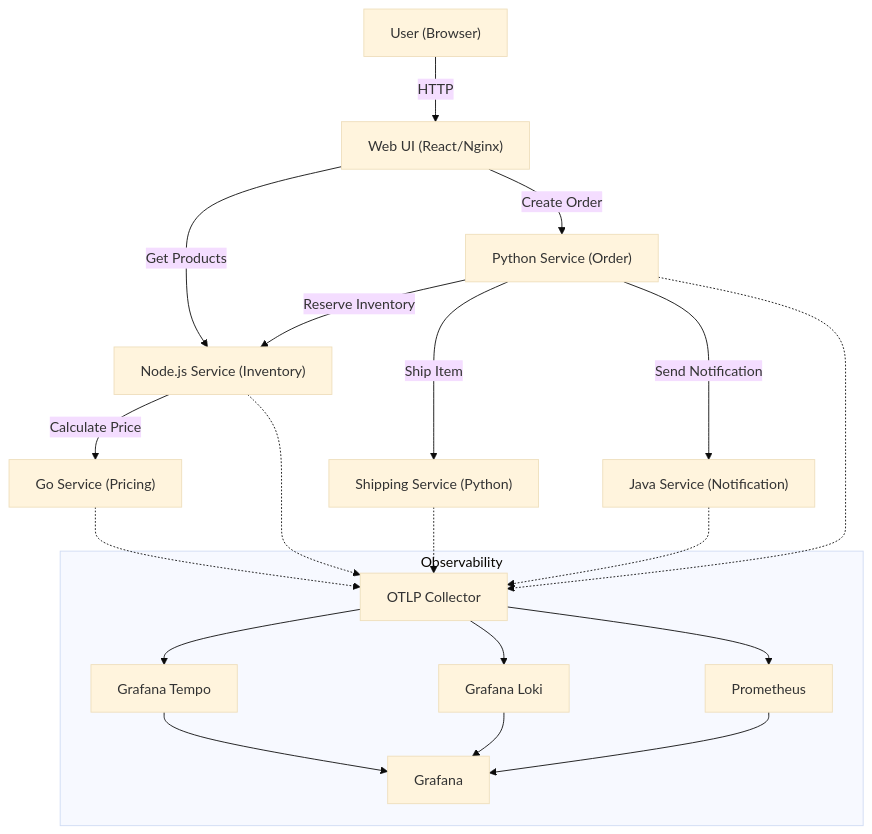
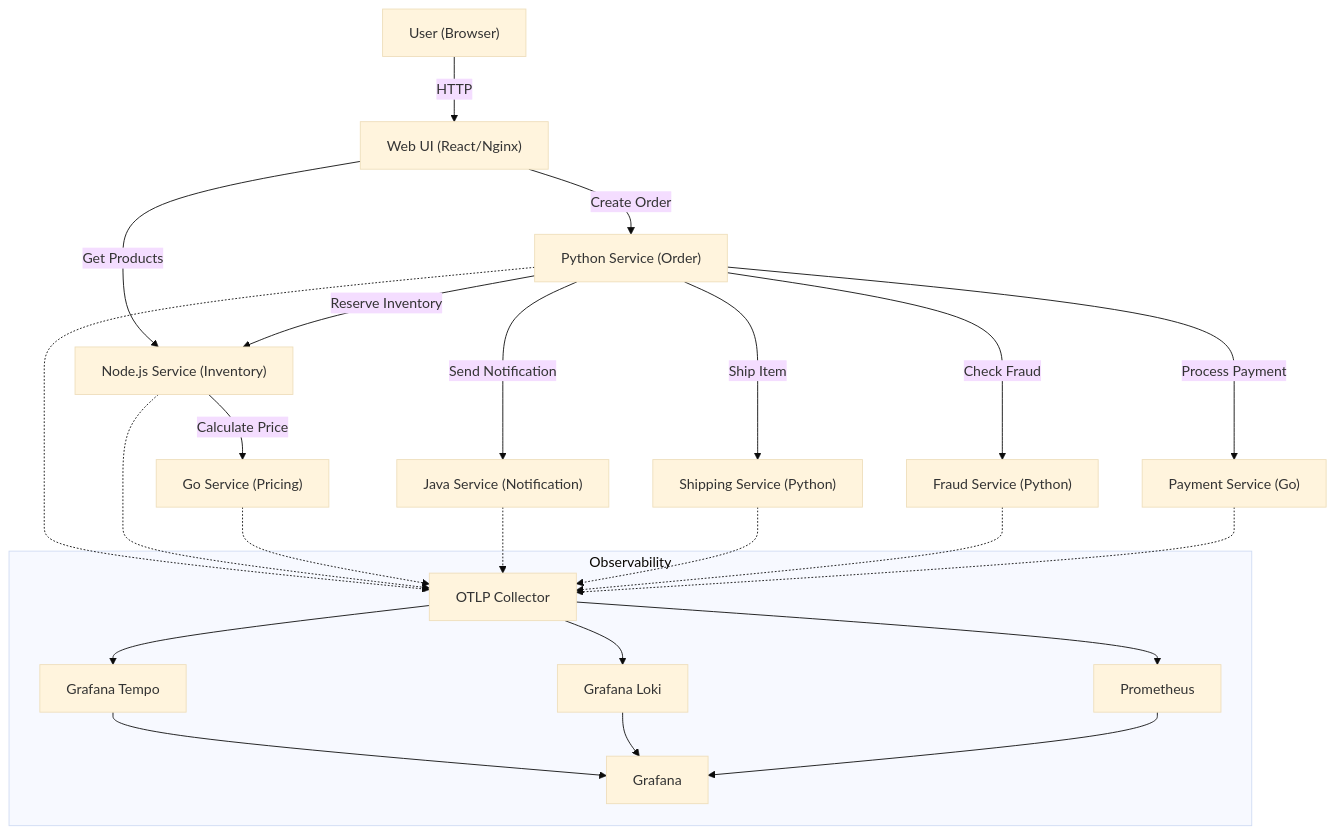
The diagram in README.md (nutslove/demo-app-for-chaos-engineering), drawn with Mermaid (base theme) before and after one commit. The commit also changed other lines of this file, not shown here.

````diff
--- a/README.md
+++ b/README.md
@@ -9,30 +9,34 @@
 ```mermaid
 graph TD
     User["User (Browser)"] -->|HTTP| WebUI["Web UI (React/Nginx)"]
     WebUI -->|Get Products| Node["Node.js Service (Inventory)"]
     WebUI -->|Create Order| Python["Python Service (Order)"]
+    Python -->|Check Fraud| Fraud["Fraud Service (Python)"]
     Python -->|Reserve Inventory| Node
     Node -->|Calculate Price| Go["Go Service (Pricing)"]
+    Python -->|Process Payment| Payment["Payment Service (Go)"]
     Python -->|Ship Item| Shipping["Shipping Service (Python)"]
     Python -->|Send Notification| Java["Java Service (Notification)"]
     
     subgraph Observability
         Collector[OTLP Collector]
         Tempo[Grafana Tempo]
         Loki[Grafana Loki]
         Prometheus[Prometheus]
         Grafana[Grafana]
     end
     
     Python -.-> Collector
     Node -.-> Collector
     Go -.-> Collector
     Java -.-> Collector
     Shipping -.-> Collector
+    Fraud -.-> Collector
+    Payment -.-> Collector
     Collector --> Tempo
     Collector --> Loki
     Collector --> Prometheus
     Tempo --> Grafana
     Loki --> Grafana
     Prometheus --> Grafana
 ```
````
